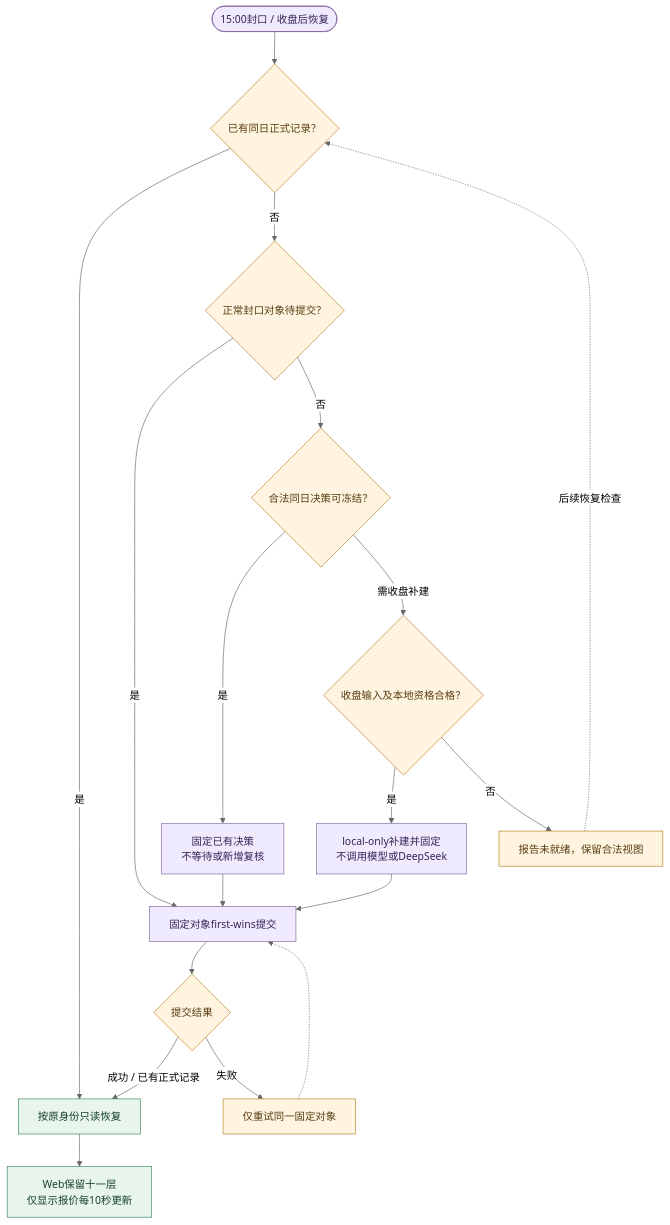
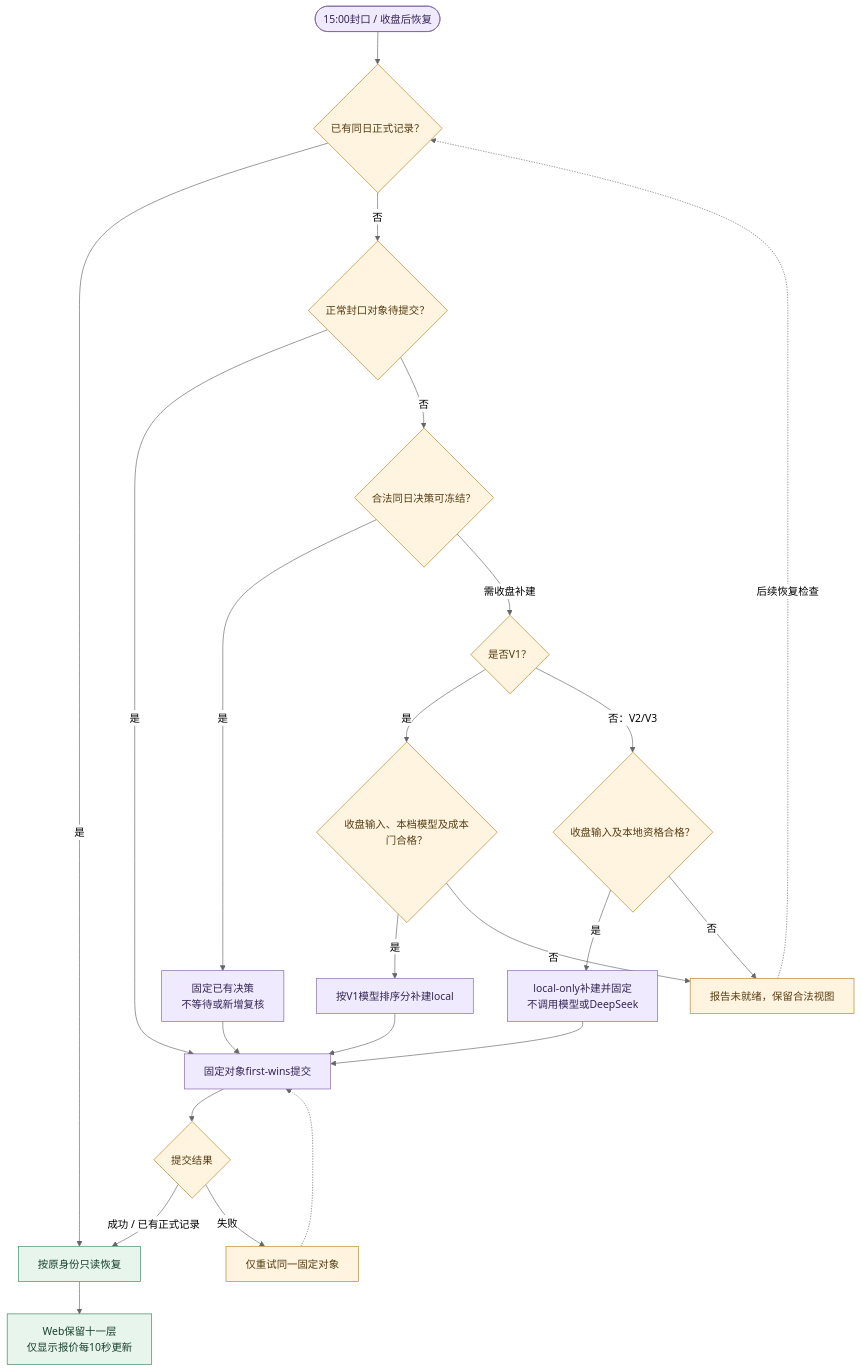
The fifth of 7 diagrams in docs/2_工程设计.md (373699756/trader), drawn with Mermaid (neutral theme) before and after one commit. The commit also changed other lines of this file and 56 other files, not shown here.

````diff
--- a/docs/2_工程设计.md
+++ b/docs/2_工程设计.md
@@ -498,26 +498,31 @@
 ```mermaid
 flowchart TD
     Close(["15:00封口 / 收盘后恢复"]) --> Exists{"已有同日正式记录？"}
     Exists -->|是| Read["按原身份只读恢复"]
     Exists -->|否| Sealed{"正常封口对象待提交？"}
     Sealed -->|是| Commit["固定对象first-wins提交"]
     Sealed -->|否| Current{"合法同日决策可冻结？"}
     Current -->|是| Fix["固定已有决策<br/>不等待或新增复核"]
-    Current -->|需收盘补建| Legal{"收盘输入及本地资格合格？"}
+    Current -->|需收盘补建| Profile{"是否V1？"}
+    Profile -->|是| Model{"收盘输入、本档模型及成本门合格？"}
+    Model -->|是| Ranked["按V1模型排序分补建local"]
+    Model -->|否| Pending
+    Profile -->|否：V2/V3| Legal{"收盘输入及本地资格合格？"}
     Legal -->|是| Fallback["local-only补建并固定<br/>不调用模型或DeepSeek"]
     Legal -->|否| Pending["报告未就绪，保留合法视图"]
     Fix --> Commit
+    Ranked --> Commit
     Fallback --> Commit
     Commit --> Result{"提交结果"}
     Result -->|成功 / 已有正式记录| Read
     Result -->|失败| Retry["仅重试同一固定对象"]
     Retry -.-> Commit
     Pending -.->|后续恢复检查| Exists
     Read --> Overlay["Web保留十一层<br/>仅显示报价每10秒更新"]
     classDef work fill:#f0eaff,stroke:#8064a2,color:#342653;
     classDef result fill:#e7f5ec,stroke:#39845a,color:#173f2a;
     classDef gate fill:#fff4df,stroke:#b78126,color:#563c13;
-    class Close,Fix,Fallback,Commit work;
+    class Close,Fix,Fallback,Ranked,Commit work;
     class Read,Overlay result;
-    class Exists,Sealed,Current,Legal,Pending,Result,Retry gate;
+    class Exists,Sealed,Current,Profile,Model,Legal,Pending,Result,Retry gate;
 ```
````
